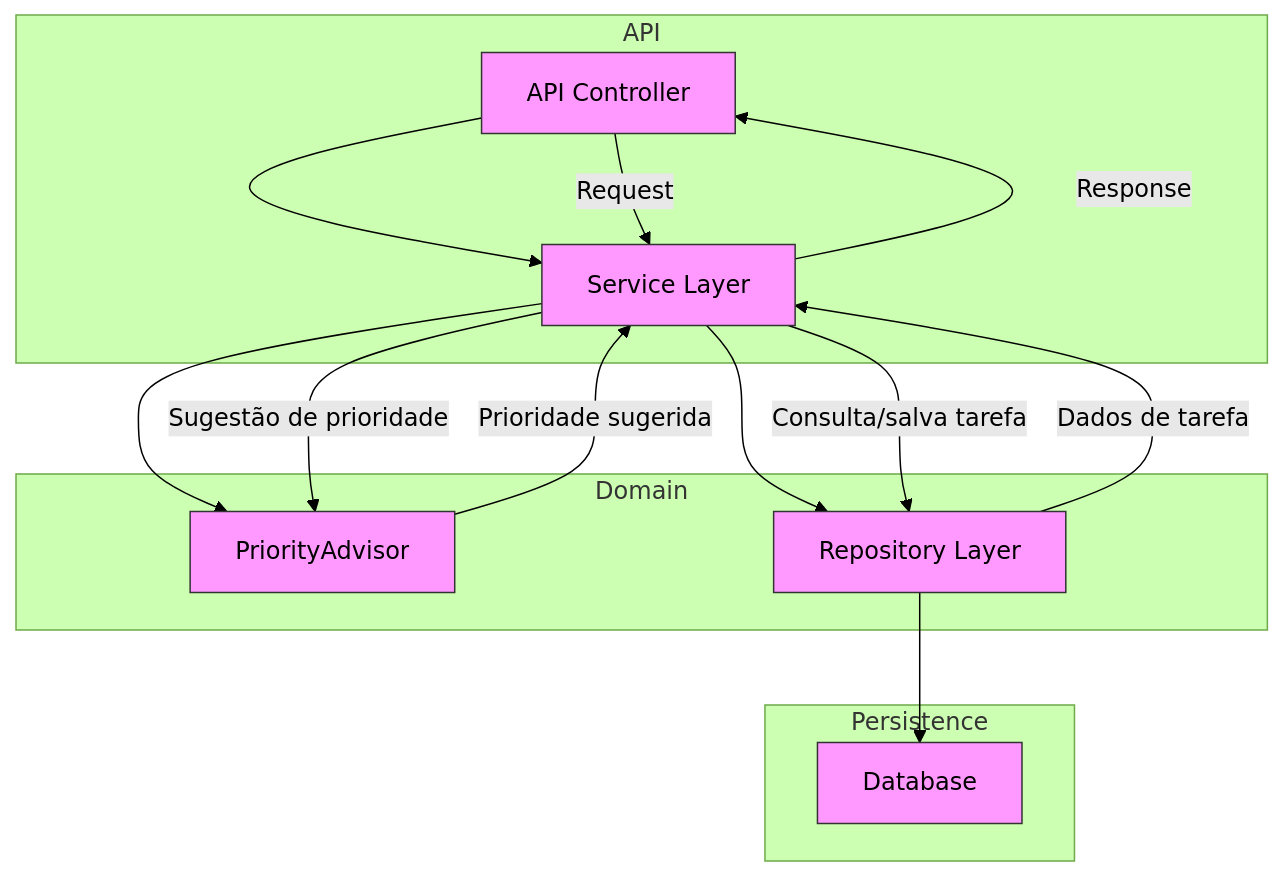
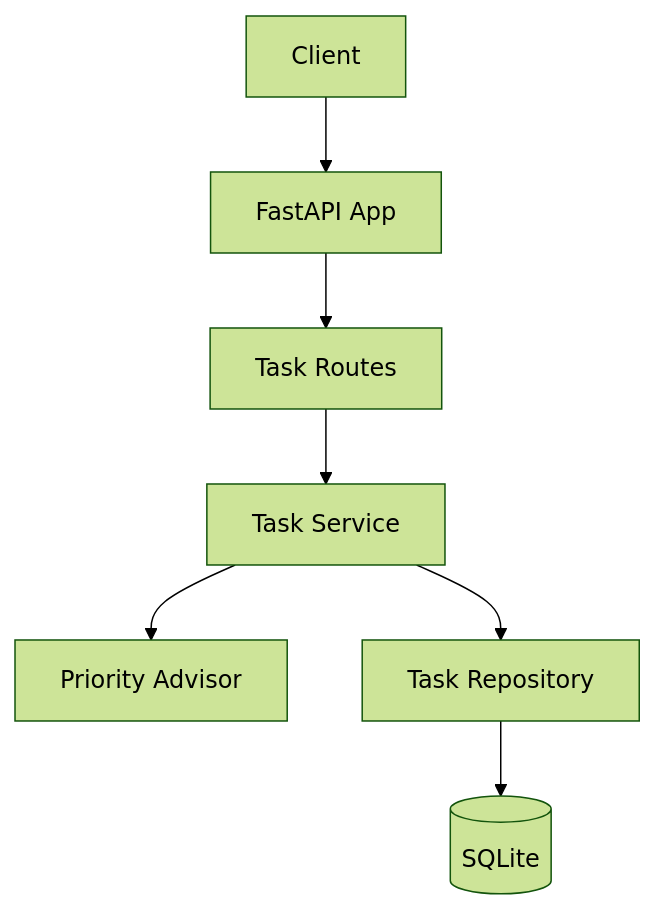
Before and after one commit to hlsiebert/To-do-list: the diagram in docs/components-flow.mmd, drawn with Mermaid (forest theme).

Commit message:
docs(core): simplify component flow for release 1

```diff
--- a/docs/components-flow.mmd
+++ b/docs/components-flow.mmd
@@ -1,23 +1,7 @@
 flowchart TD
-    subgraph API
-        A[API Controller] --> B[Service Layer]
-    end
-
-    subgraph Domain
-        B --> C[PriorityAdvisor]
-        B --> D[Repository Layer]
-    end
-
-    subgraph Persistence
-        D --> E[Database]
-    end
-
-    A -- Request --> B
-    B -- Consulta/salva tarefa --> D
-    B -- Sugestão de prioridade --> C
-    C -- Prioridade sugerida --> B
-    D -- Dados de tarefa --> B
-    B -- Response --> A
-
-    classDef component fill:#f9f,stroke:#333,stroke-width:1px;
-    class A,B,C,D,E component;
+    C[Client] --> A[FastAPI App]
+    A --> R[Task Routes]
+    R --> S[Task Service]
+    S --> P[Priority Advisor]
+    S --> REPO[Task Repository]
+    REPO --> DB[(SQLite)]
```
